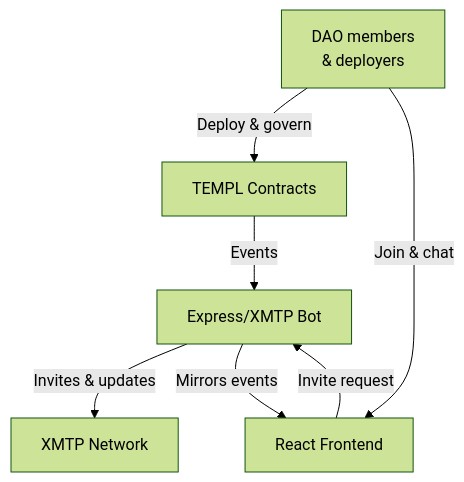
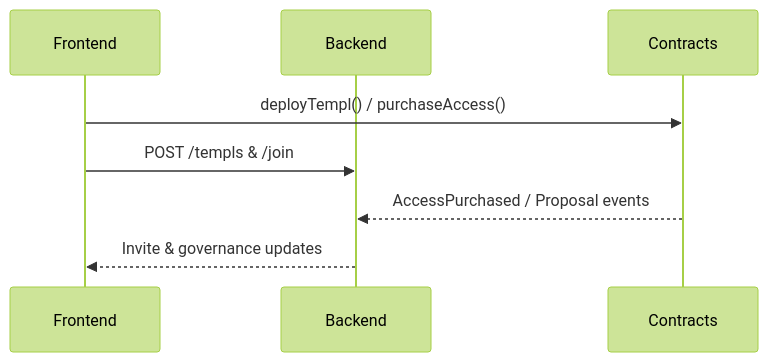
One commit to templ-fun/evm-protocol changed the first of 3 diagrams in README.md. Above: the diagram before and after it, drawn with Mermaid (forest theme). The commit also changed 1 other file, not shown here.

Commit message:
docs: fix mermaid diagrams

````diff
--- a/README.md
+++ b/README.md
@@ -14,9 +14,11 @@
 ```mermaid
-graph TD
-  Users[DAO members\n& deployers] -->|Deploy & govern| Contracts[TEMPL Contracts]
-  Users -->|Join & chat| Frontend[React Frontend]
-  Frontend -->|Invite request| Backend[Express/XMTP Bot]
-  Contracts -->|Events| Backend
-  Backend -->|Invites & updates| XMTP[XMTP Network]
-  Backend -->|Mirrors events| Frontend
+sequenceDiagram
+    participant Frontend
+    participant Backend
+    participant Contracts
+
+    Frontend->>Contracts: deployTempl() / purchaseAccess()
+    Frontend->>Backend: POST /templs & /join
+    Contracts-->>Backend: AccessPurchased / Proposal events
+    Backend-->>Frontend: Invite & governance updates
 ```
````
